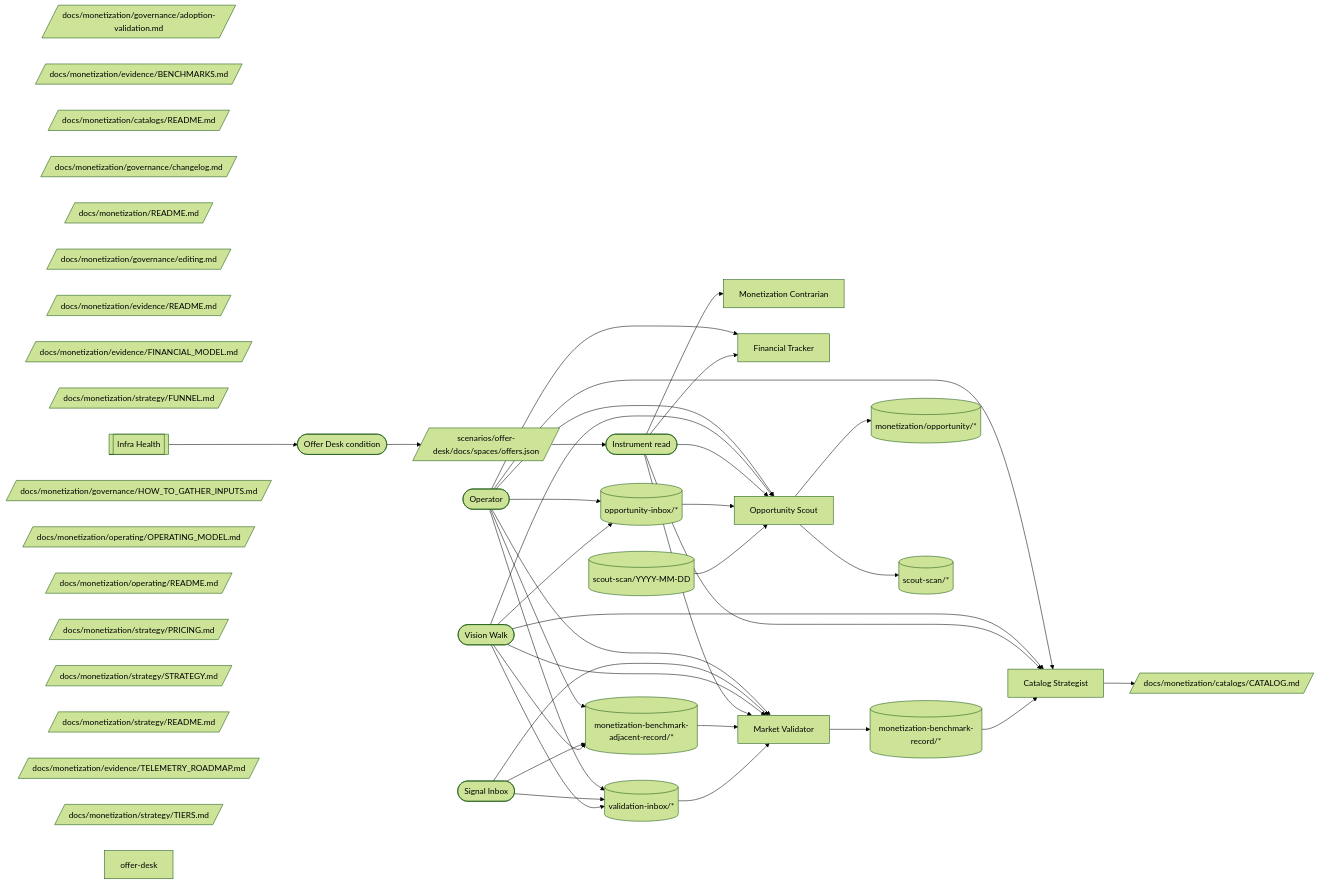
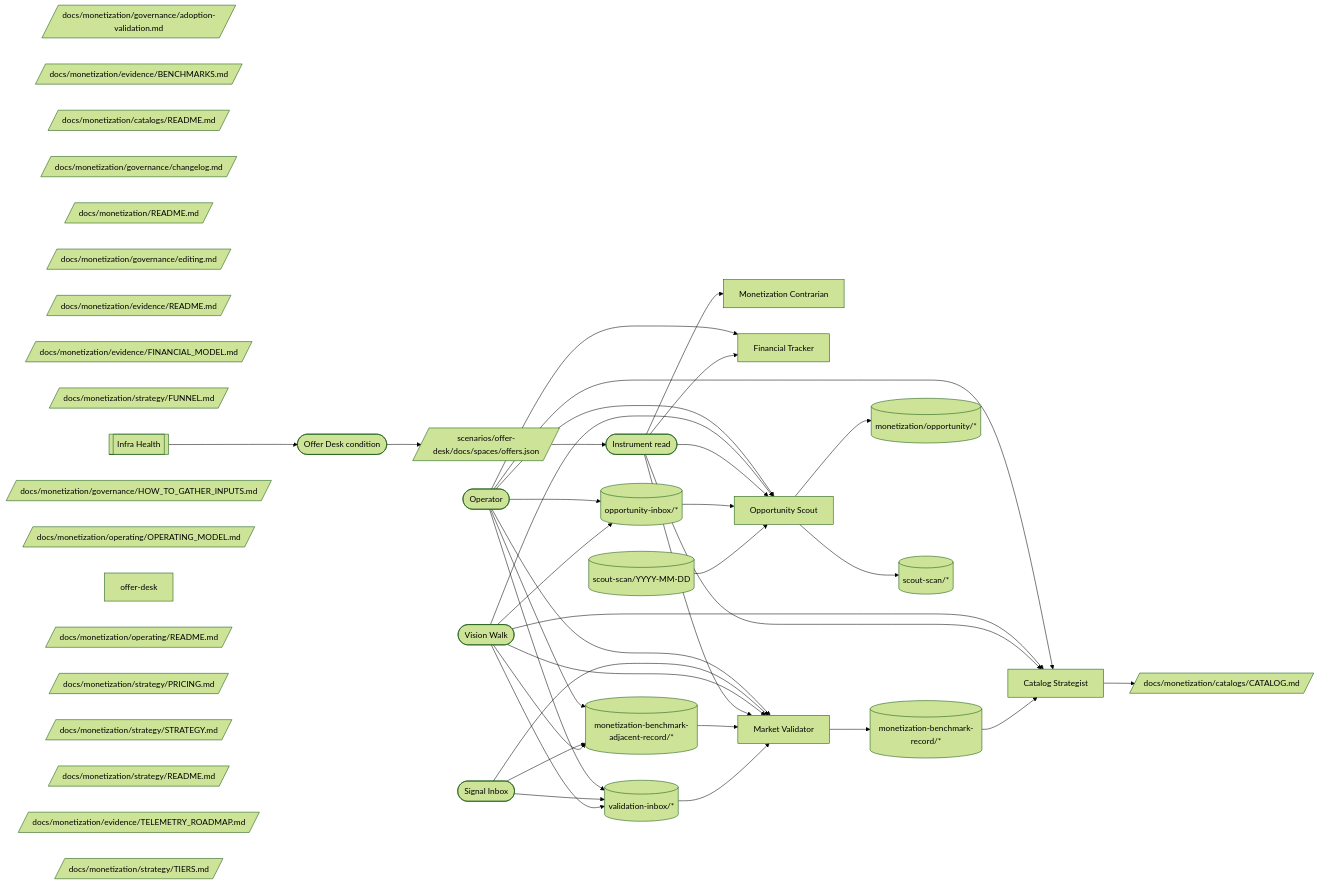
Before and after one commit to Vrooli/Vrooli: the diagram in docs/monetization/operating/OPERATING_MODEL.md, drawn with Mermaid (forest theme). The commit also changed other lines of this file and 368 other files, not shown here.

```diff
--- a/docs/monetization/operating/OPERATING_MODEL.md
+++ b/docs/monetization/operating/OPERATING_MODEL.md
@@ -103,6 +103,8 @@
   MODEL[/docs/monetization/operating/OPERATING_MODEL.md/]
   %% @node MV member:market-validator
   MV[Market Validator]
+  %% @node OFFERDESK instrument:offer-desk
+  OFFERDESK[offer-desk]
   %% @node OIN topic:opportunity-inbox/*
   OIN[(opportunity-inbox/*)]
   %% @node OP external:operator
@@ -137,8 +139,6 @@
   VAIN[(validation-inbox/*)]
   %% @node VW external:vision-walk
   VW([Vision Walk])
-  %% @node OFFERDESK instrument:offer-desk
-  OFFERDESK[offer-desk]
 
   OP --> CS
   OP --> FT
```
